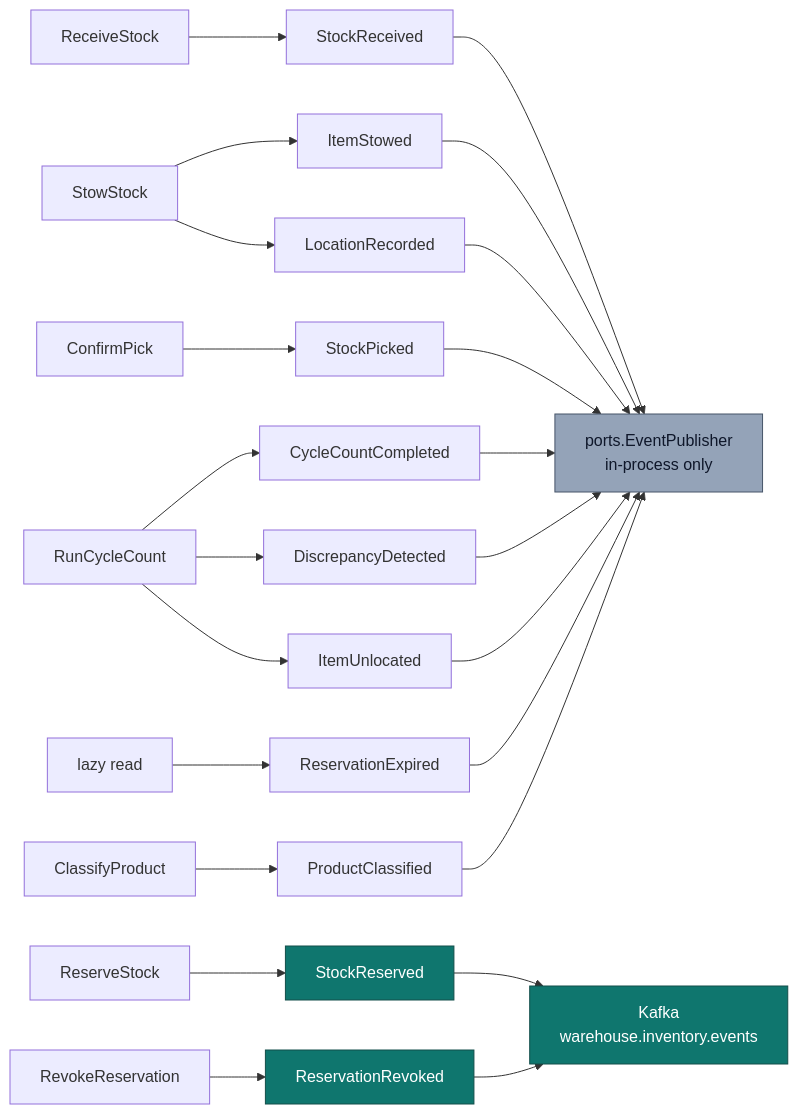
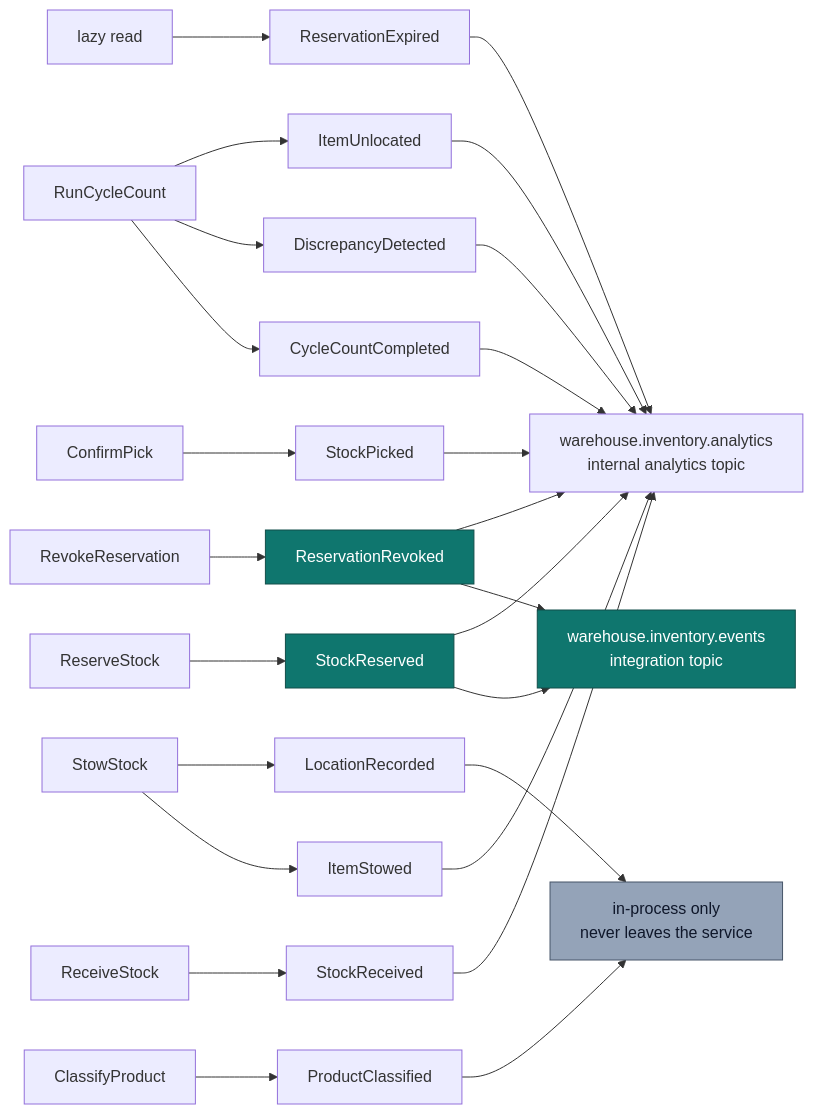
The diagram in docs/docs/ddd/domain-events.md (IQVO/inventory-storage), drawn with Mermaid before and after one commit. The commit also changed other lines of this file and 28 other files, not shown here.

````diff
--- a/docs/docs/ddd/domain-events.md
+++ b/docs/docs/ddd/domain-events.md
@@ -43,22 +44,23 @@
 ```mermaid
 flowchart LR
   RS["ReceiveStock"] --> E1["StockReceived"]
   SS["StowStock"] --> E2["ItemStowed"]
   SS --> E3["LocationRecorded"]
   RES["ReserveStock"] --> E4["StockReserved"]
   REV["RevokeReservation"] --> E5["ReservationRevoked"]
   CP["ConfirmPick"] --> E6["StockPicked"]
   CC["RunCycleCount"] --> E7["CycleCountCompleted"]
   CC --> E8["DiscrepancyDetected"]
   CC --> E9["ItemUnlocated"]
   EXP["lazy read"] --> E10["ReservationExpired"]
   CLS["ClassifyProduct"] --> E11["ProductClassified"]
 
-  E1 & E2 & E3 & E6 & E7 & E8 & E9 & E10 & E11 --> LOG["ports.EventPublisher<br/>in-process only"]
-  E4 & E5 --> KAF["Kafka<br/>warehouse.inventory.events"]
+  E4 & E5 --> KAF["warehouse.inventory.events<br/>integration topic"]
+  E1 & E2 & E4 & E5 & E6 & E7 & E8 & E9 & E10 --> ANA["warehouse.inventory.analytics<br/>internal analytics topic"]
+  E3 & E11 --> LOG["in-process only<br/>never leaves the service"]
 
   classDef wired fill:#0f766e,stroke:#134e4a,color:#fff;
   classDef local fill:#94a3b8,stroke:#475569,color:#0f172a;
   class E4,E5,KAF wired;
   class LOG local;
 ```
````
